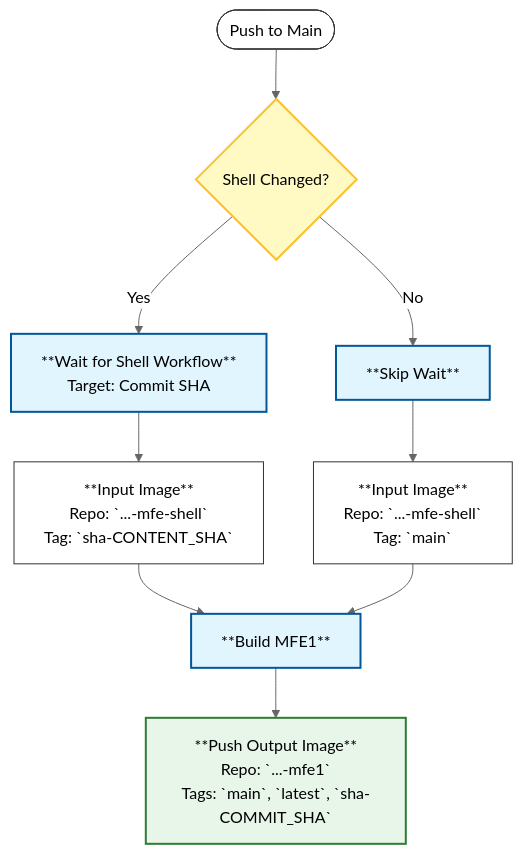
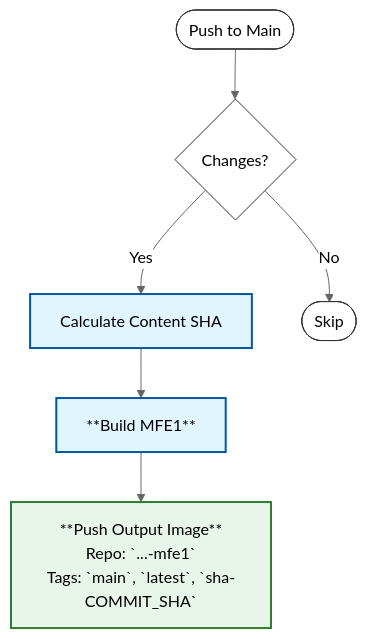
Before and after one commit to PolecatWorks/Mfe-shell: the second of 5 diagrams in .github/WORKFLOW_LOGIC.md, drawn with Mermaid (neutral theme). The commit also changed other lines of this file and 18 other files, not shown here.

````diff
--- a/.github/WORKFLOW_LOGIC.md
+++ b/.github/WORKFLOW_LOGIC.md
@@ -54,27 +42,18 @@
 ```mermaid
 flowchart TD
-    Start([Push to Main]) --> CheckPaths{Shell Changed?}
+    Start([Push to Main]) --> CheckPaths{Changes?}
 
-    %% Decision: Wait or Skip
-    CheckPaths -->|Yes| WaitShell[**Wait for Shell Workflow**<br/>Target: Commit SHA]
-    CheckPaths -->|No| SkipWait[**Skip Wait**]
+    CheckPaths -->|Yes| CalcSHA[Calculate Content SHA]
+    CheckPaths -->|No| Skip([Skip])
 
-    %% Input Image Selection
-    WaitShell --> UseProdInput[**Input Image**<br/>Repo: `...-mfe-shell`<br/>Tag: `sha-CONTENT_SHA`]
-    SkipWait --> UseMainInput[**Input Image**<br/>Repo: `...-mfe-shell`<br/>Tag: `main`]
-
-    %% Build & Output
-    UseProdInput --> Build[**Build MFE1**]
-    UseMainInput --> Build
+    CalcSHA --> Build[**Build MFE1**]
 
     Build --> Output[**Push Output Image**<br/>Repo: `...-mfe1`<br/>Tags: `main`, `latest`, `sha-COMMIT_SHA`]
 
     classDef default fill:#fff,stroke:#333,stroke-width:1px;
     classDef action fill:#e1f5fe,stroke:#01579b,stroke-width:2px;
-    classDef decision fill:#fff9c4,stroke:#fbc02d,stroke-width:2px;
     classDef output fill:#e8f5e9,stroke:#2e7d32,stroke-width:2px;
 
-    class WaitShell,Build,SkipWait action;
-    class CheckPaths decision;
+    class CalcSHA,Build action;
     class Output output;
 ```
````
